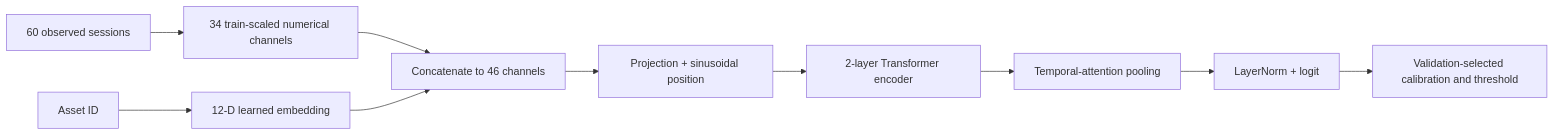
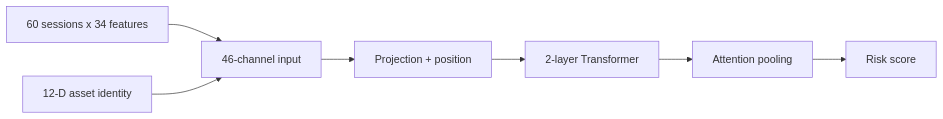
Before and after one commit to husaam-atq/MSc-financial-transformer-market-dynamics: the second of 4 diagrams in README.md, drawn with Mermaid. The commit also changed other lines of this file and 2 other files, not shown here.

````diff
--- a/README.md
+++ b/README.md
@@ -209,12 +257,9 @@
 ```mermaid
 flowchart LR
-    A["60 observed sessions"] --> B["34 train-scaled numerical channels"]
-    C["Asset ID"] --> D["12-D learned embedding"]
-    B --> E["Concatenate to 46 channels"]
-    D --> E
-    E --> F["Projection + sinusoidal position"]
-    F --> G["2-layer Transformer encoder"]
-    G --> H["Temporal-attention pooling"]
-    H --> I["LayerNorm + logit"]
-    I --> J["Validation-selected calibration and threshold"]
+    A["60 sessions x 34 features"] --> C["46-channel input"]
+    B["12-D asset identity"] --> C
+    C --> D["Projection + position"]
+    D --> E["2-layer Transformer"]
+    E --> F["Attention pooling"]
+    F --> G["Risk score"]
 ```
````
